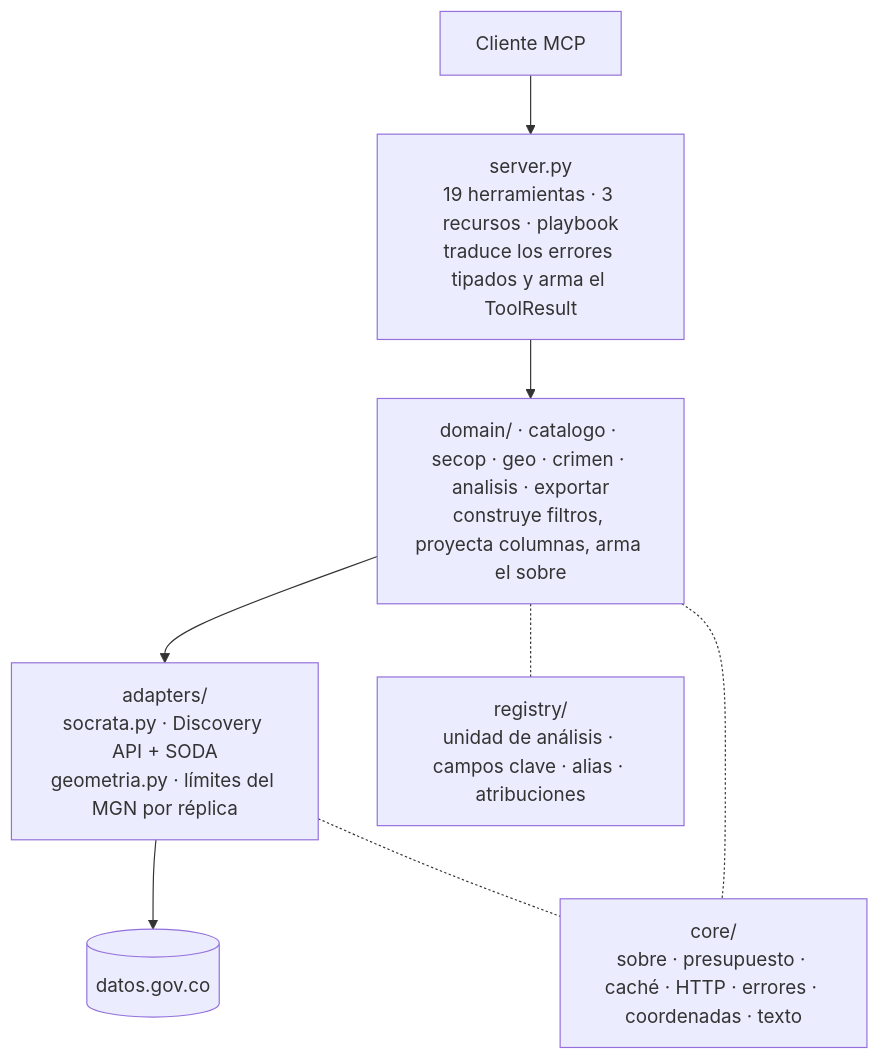
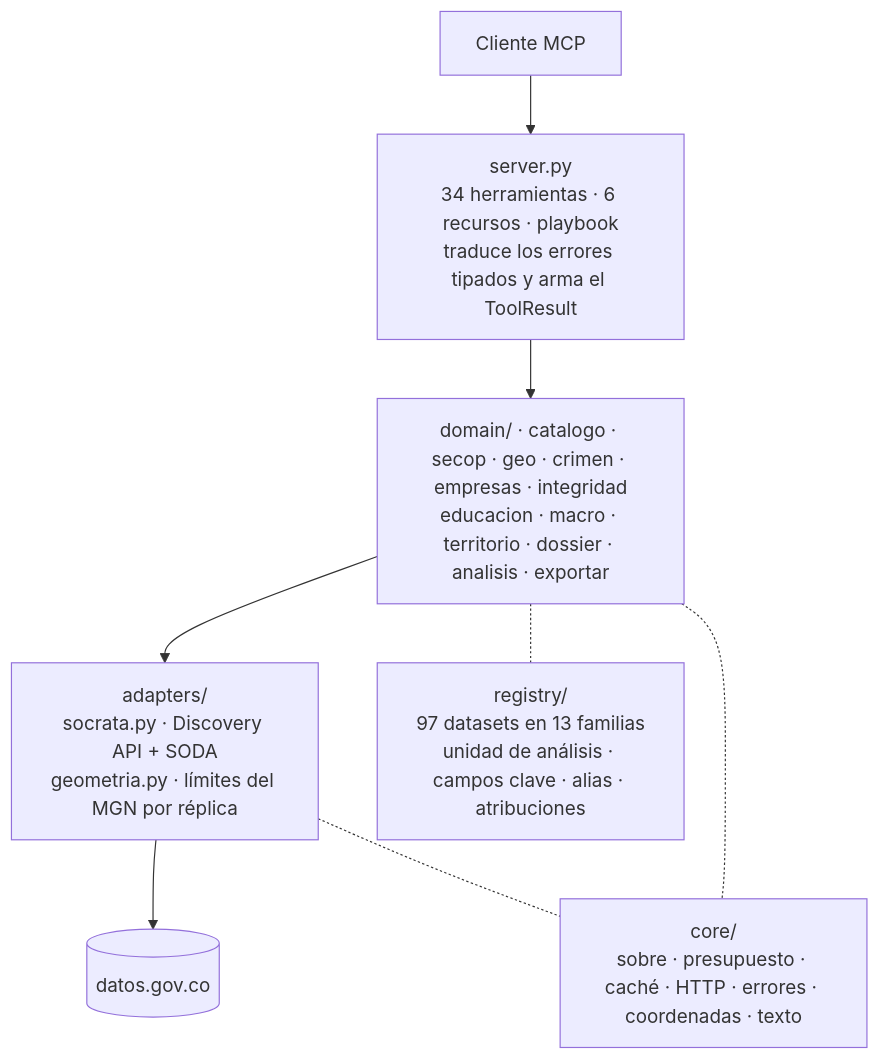
One commit to manuelcastiblan/colombia-datos-mcp changed the first of 3 diagrams in docs/arquitectura.md. Above: the diagram before and after it, drawn with Mermaid. The commit also changed other lines of this file and 5 other files, not shown here.

First line of the commit message:
Publica 0.17.0 y pone al día los diagramas que el cambio dejó viejos

````diff
--- a/docs/arquitectura.md
+++ b/docs/arquitectura.md
@@ -6,15 +6,15 @@
 ```mermaid
 flowchart TD
     cliente["Cliente MCP"]
-    server["server.py<br/>19 herramientas · 3 recursos · playbook<br/>traduce los errores tipados y arma el ToolResult"]
-    dominio["domain/ · catalogo · secop · geo · crimen · analisis · exportar<br/>construye filtros, proyecta columnas, arma el sobre"]
+    server["server.py<br/>34 herramientas · 6 recursos · playbook<br/>traduce los errores tipados y arma el ToolResult"]
+    dominio["domain/ · catalogo · secop · geo · crimen · empresas · integridad<br/>educacion · macro · territorio · dossier · analisis · exportar"]
     adaptador["adapters/<br/>socrata.py · Discovery API + SODA<br/>geometria.py · límites del MGN por réplica"]
     fuente[("datos.gov.co")]
-    registro["registry/<br/>unidad de análisis · campos clave · alias · atribuciones"]
+    registro["registry/<br/>97 datasets en 13 familias<br/>unidad de análisis · campos clave · alias · atribuciones"]
     nucleo["core/<br/>sobre · presupuesto · caché · HTTP · errores · coordenadas · texto"]
 
     cliente --> server --> dominio --> adaptador --> fuente
     dominio -.- registro
     dominio -.- nucleo
     adaptador -.- nucleo
 ```
````
